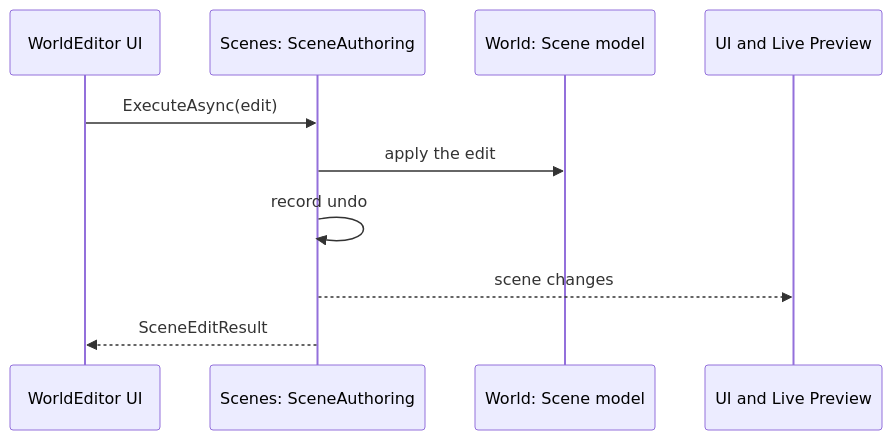
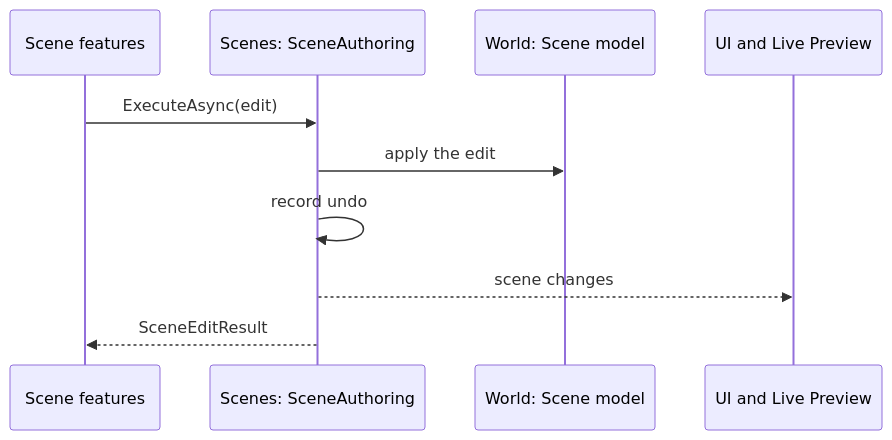
Before and after one commit to abdes/DroidNet: the seventh of 7 diagrams in projects/Oxygen.Editor.World/README.md, drawn with Mermaid. The commit also changed other lines of this file and 103 other files, not shown here.

````diff
--- a/projects/Oxygen.Editor.World/README.md
+++ b/projects/Oxygen.Editor.World/README.md
@@ -435,13 +435,13 @@
 ```mermaid
 sequenceDiagram
-    participant UI as WorldEditor UI
+    participant UI as Scene features
     participant Authoring as Scenes: SceneAuthoring
     participant Model as World: Scene model
     participant Followers as UI and Live Preview
 
     UI->>Authoring: ExecuteAsync(edit)
     Authoring->>Model: apply the edit
     Authoring->>Authoring: record undo
     Authoring-->>Followers: scene changes
     Authoring-->>UI: SceneEditResult
 ```
````
